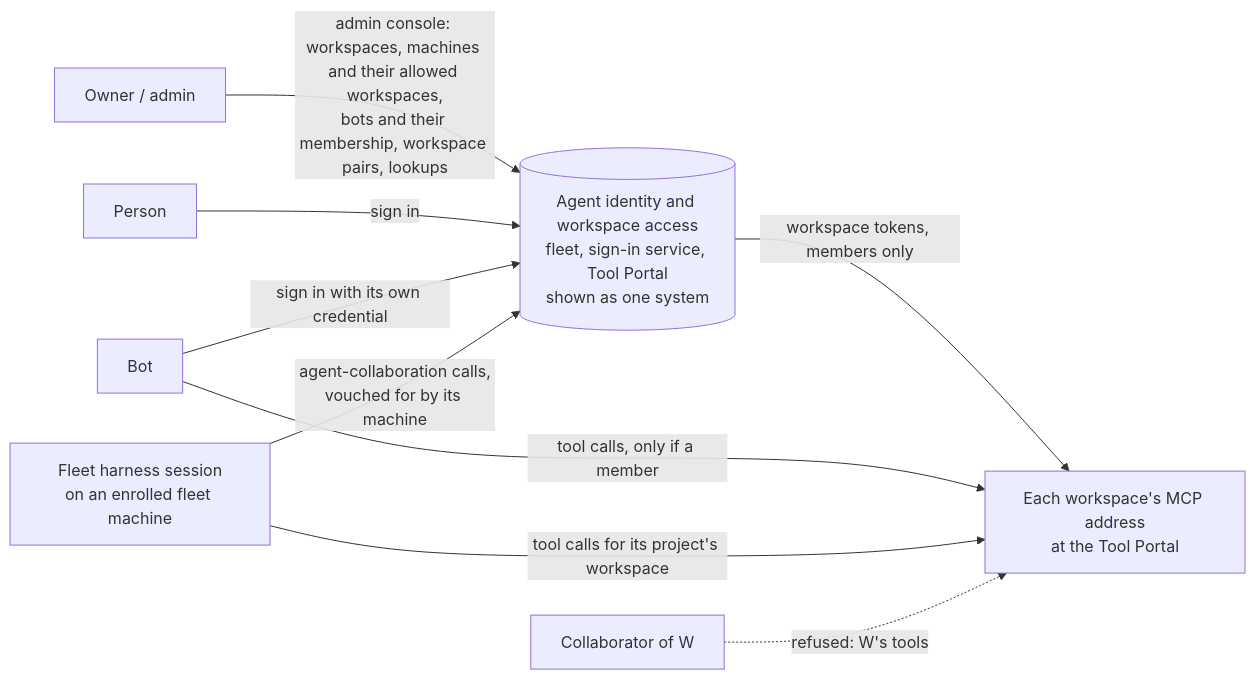
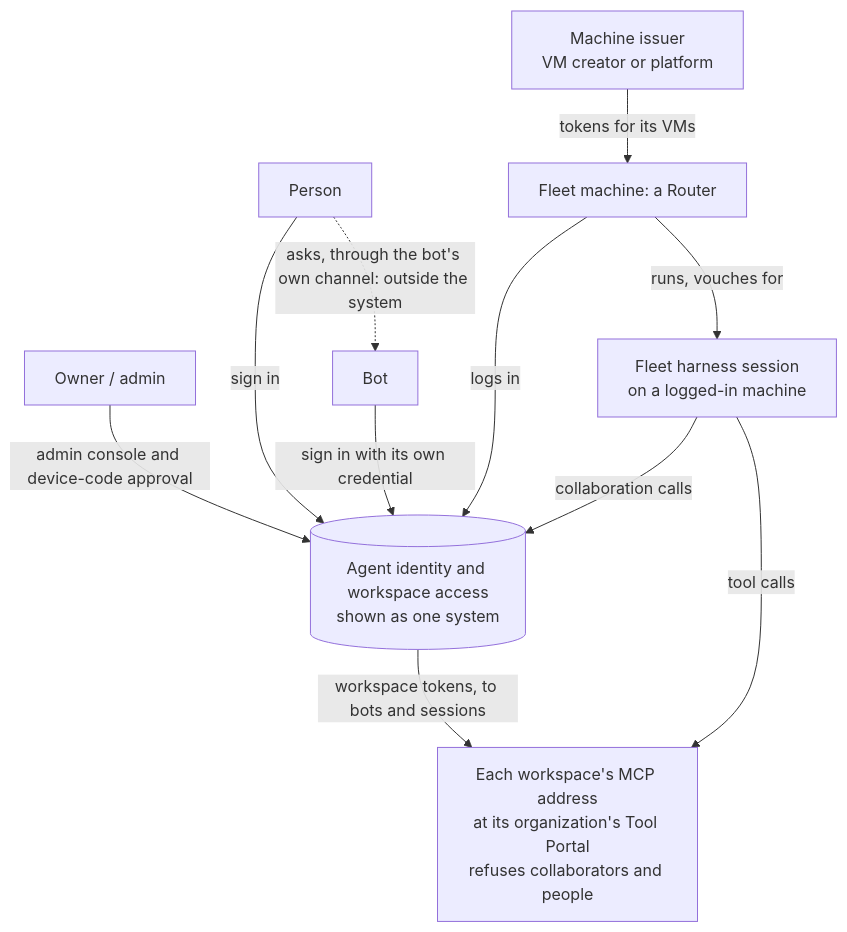
One commit to ShravanSunder/agent-vm changed the first of 4 diagrams in docs/specs/2026-10-24-agent-identity/specification.md. Above: the diagram before and after it, drawn with Mermaid. The commit also changed other lines of this file and 12 other files, not shown here.

````diff
--- a/docs/specs/2026-10-24-agent-identity/specification.md
+++ b/docs/specs/2026-10-24-agent-identity/specification.md
@@ -7,12 +7,21 @@
 ```mermaid
-flowchart LR
-  O[Owner / admin] -->|admin console: workspaces, machines and their allowed workspaces,<br/>bots and their membership, workspace pairs, lookups| SYS
-  PP[Person] -->|sign in| SYS
-  BOT[Bot] -->|sign in with its own credential| SYS
-  FS[Fleet harness session<br/>on an enrolled fleet machine] -->|agent-collaboration calls,<br/>vouched for by its machine| SYS
-  SYS[(Agent identity and workspace access<br/>fleet, sign-in service, Tool Portal<br/>shown as one system)]
-  SYS -->|workspace tokens, members only| MCP[Each workspace's MCP address<br/>at the Tool Portal]
-  BOT -->|tool calls, only if a member| MCP
-  FS -->|tool calls for its project's workspace| MCP
-  X[Collaborator of W] -.->|refused: W's tools| MCP
+flowchart TB
+  O[Owner / admin]
+  PP[Person]
+  BOT[Bot]
+  ISS[Machine issuer<br/>VM creator or platform]
+  RM[Fleet machine: a Router]
+  FS[Fleet harness session<br/>on a logged-in machine]
+  SYS[(Agent identity and workspace access<br/>shown as one system)]
+  MCP[Each workspace's MCP address<br/>at its organization's Tool Portal<br/>refuses collaborators and people]
+  O -->|admin console and device-code approval| SYS
+  PP -->|sign in| SYS
+  BOT -->|sign in with its own credential| SYS
+  ISS -->|tokens for its VMs| RM
+  RM -->|logs in| SYS
+  RM -->|runs, vouches for| FS
+  FS -->|collaboration calls| SYS
+  SYS -->|workspace tokens, to bots and sessions| MCP
+  FS -->|tool calls| MCP
+  PP -.->|asks, through the bot's own channel: outside the system| BOT
 ```
````
